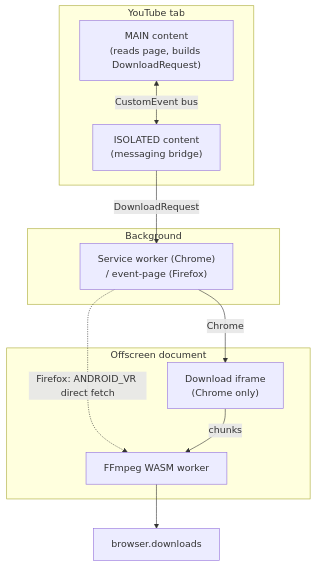
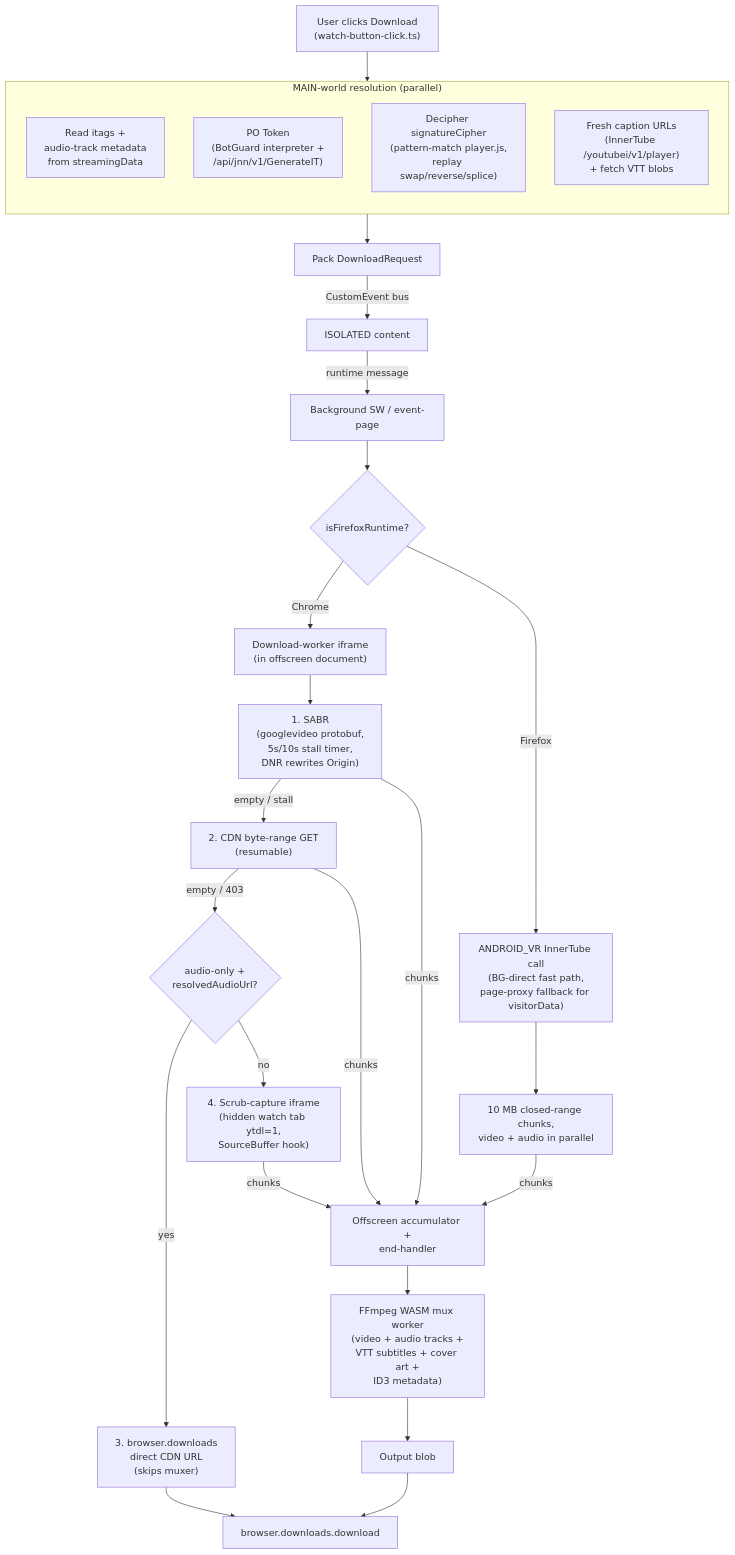
Before and after one commit to avi12/youtube-downloader: the first of 3 diagrams in ARCHITECTURE.md, drawn with Mermaid. The commit also changed other lines of this file, not shown here.

Commit message:
ARCHITECTURE: expand system diagram with auth + full Chrome+Firefox pipeline

````diff
--- a/ARCHITECTURE.md
+++ b/ARCHITECTURE.md
@@ -9,23 +9,39 @@
 ```mermaid
 flowchart TB
-    subgraph Page["YouTube tab"]
-      Main["MAIN content<br/>(reads page, builds DownloadRequest)"]
-      Iso["ISOLATED content<br/>(messaging bridge)"]
+    Click["User clicks Download<br/>(watch-button-click.ts)"]
+
+    subgraph Resolve["MAIN-world resolution (parallel)"]
+      direction TB
+      Itags["Read itags +<br/>audio-track metadata<br/>from streamingData"]
+      PO["PO Token<br/>(BotGuard interpreter +<br/>/api/jnn/v1/GenerateIT)"]
+      Sig["Decipher signatureCipher<br/>(pattern-match player.js,<br/>replay swap/reverse/splice)"]
+      Captions["Fresh caption URLs<br/>(InnerTube /youtubei/v1/player)<br/>+ fetch VTT blobs"]
     end
 
-    subgraph BG["Background"]
-      SW["Service worker (Chrome)<br/>/ event-page (Firefox)"]
-    end
+    Click --> Resolve
+    Resolve --> Pack["Pack DownloadRequest"]
+    Pack -->|"CustomEvent bus"| Iso["ISOLATED content"]
+    Iso -->|"runtime message"| SW["Background SW / event-page"]
 
-    subgraph Off["Offscreen document"]
-      Worker["Download iframe<br/>(Chrome only)"]
-      Mux["FFmpeg WASM worker"]
-    end
+    SW --> Branch{"isFirefoxRuntime?"}
+    Branch -->|"Chrome"| Worker["Download-worker iframe<br/>(in offscreen document)"]
+    Branch -->|"Firefox"| FF["ANDROID_VR InnerTube call<br/>(BG-direct fast path,<br/>page-proxy fallback for visitorData)"]
 
-    Main <-->|"CustomEvent bus"| Iso
-    Iso -->|"DownloadRequest"| SW
-    SW -->|"Chrome"| Worker
-    SW -.->|"Firefox: ANDROID_VR direct fetch"| Mux
-    Worker -->|"chunks"| Mux
-    Mux --> DL["browser.downloads"]
+    Worker --> SABR["1. SABR<br/>(googlevideo protobuf,<br/>5s/10s stall timer,<br/>DNR rewrites Origin)"]
+    SABR -->|"empty / stall"| CDN["2. CDN byte-range GET<br/>(resumable)"]
+    CDN -->|"empty / 403"| FB{"audio-only +<br/>resolvedAudioUrl?"}
+    FB -->|"yes"| Direct["3. browser.downloads<br/>direct CDN URL<br/>(skips muxer)"]
+    FB -->|"no"| Scrub["4. Scrub-capture iframe<br/>(hidden watch tab ytdl=1,<br/>SourceBuffer hook)"]
+
+    FF --> FFchunk["10 MB closed-range chunks,<br/>video + audio in parallel"]
+
+    SABR -->|"chunks"| Acc["Offscreen accumulator +<br/>end-handler"]
+    CDN -->|"chunks"| Acc
+    Scrub -->|"chunks"| Acc
+    FFchunk -->|"chunks"| Acc
+
+    Acc --> Mux["FFmpeg WASM mux worker<br/>(video + audio tracks +<br/>VTT subtitles + cover art +<br/>ID3 metadata)"]
+    Mux --> Blob["Output blob"]
+    Blob --> DL["browser.downloads.download"]
+    Direct --> DL
 ```
````
